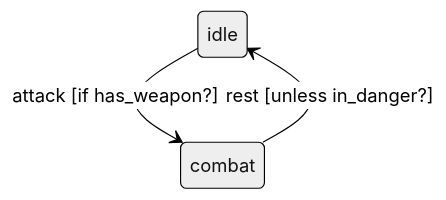
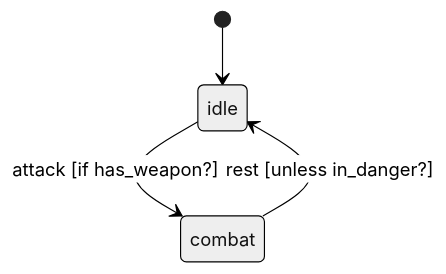
One commit to state-machines/state_machines-mermaid changed the second of 2 diagrams in README.md. Above: the diagram before and after it, drawn with Mermaid (neutral theme). The commit also changed other lines of this file and 5 other files, not shown here.

First line of the commit message:
fix: render states for diagram 0.4 and mermaid 0.1

````diff
--- a/README.md
+++ b/README.md
@@ -99,7 +96,8 @@
 ```mermaid
 stateDiagram-v2
   idle : idle
+  [*] --> idle
   combat : combat
   idle --> combat : attack [if has_weapon?]
   combat --> idle : rest [unless in_danger?]
 ```
````
